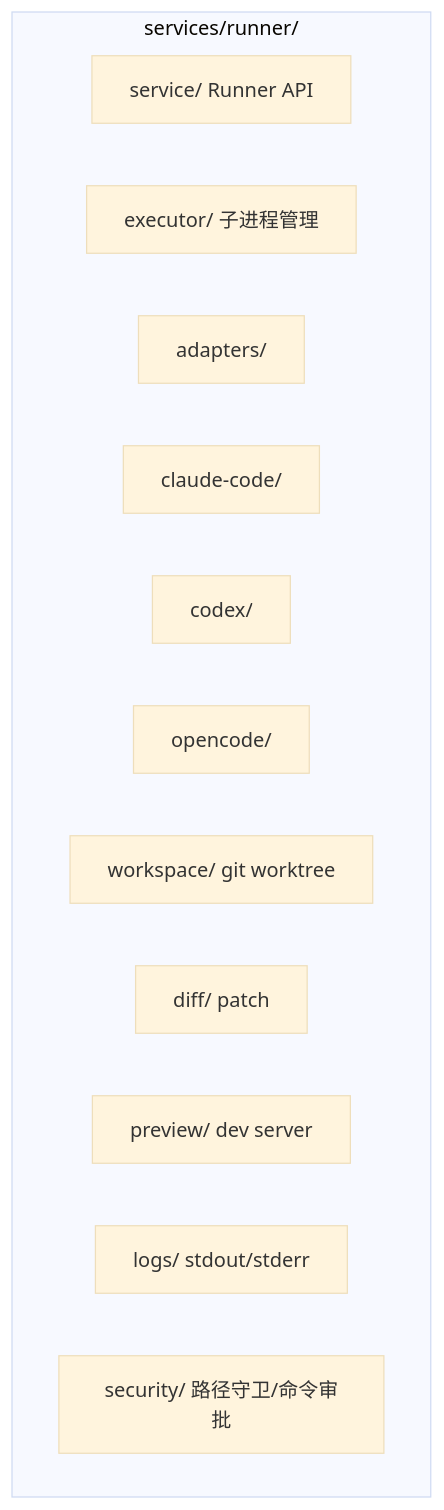
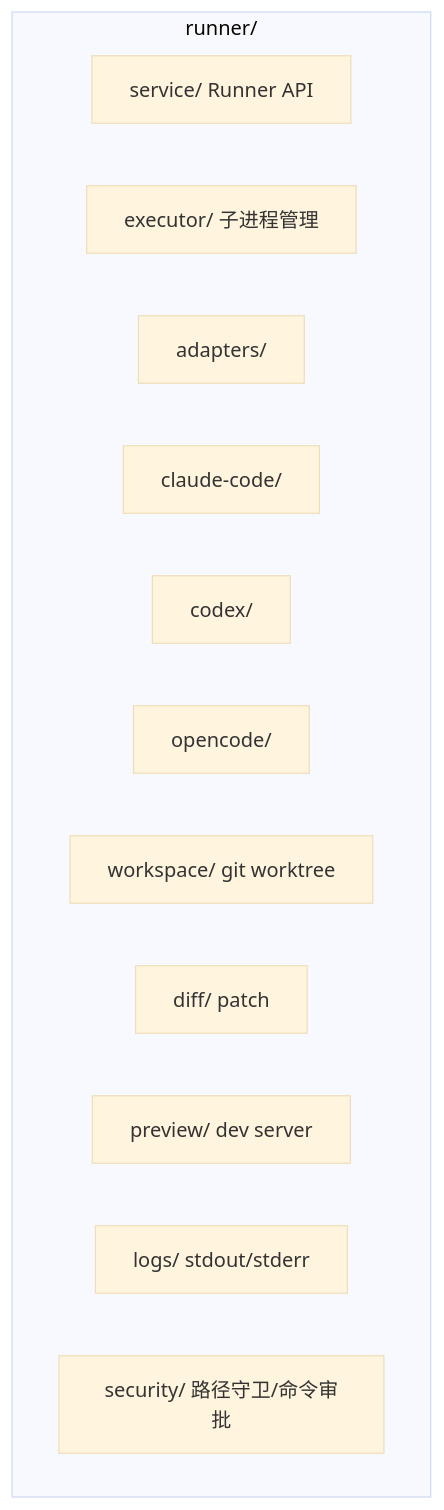
One commit to TokenDanceLab/AgentHub changed the fourth of 10 diagrams in docs/architecture.md. Above: the diagram before and after it, drawn with Mermaid (base theme). The commit also changed other lines of this file and 112 other files, not shown here.

````diff
--- a/docs/architecture.md
+++ b/docs/architecture.md
@@ -83,16 +83,16 @@
 ```mermaid
 graph TB
-    subgraph Runner["services/runner/"]
+    subgraph Runner["runner/"]
         Svc["service/ Runner API"]
         Exec["executor/ 子进程管理"]
         Adapters["adapters/"]
         CC["claude-code/"]
         CX["codex/"]
         OC["opencode/"]
         WS["workspace/ git worktree"]
         Diff["diff/ patch"]
         Prev["preview/ dev server"]
         Logs["logs/ stdout/stderr"]
         Sec["security/ 路径守卫/命令审批"]
     end
 ```
````
